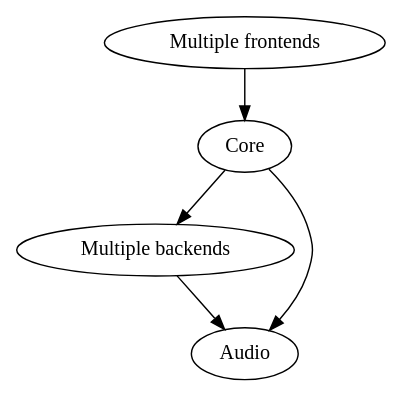
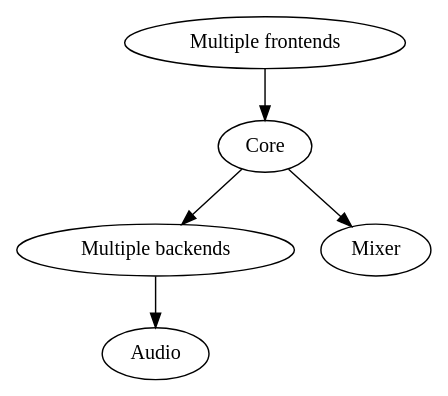
Before and after one commit to mopidy/mopidy: the first of 4 diagrams in docs/api/concepts.rst, drawn with Graphviz. The commit also changed other lines of this file, not shown here.

```diff
--- a/docs/api/concepts.rst
+++ b/docs/api/concepts.rst
@@ -12,6 +13,6 @@
 .. digraph:: overall_architecture
 
     "Multiple frontends" -> Core
     Core -> "Multiple backends"
-    Core -> Audio
+    Core -> Mixer
     "Multiple backends" -> Audio
```
